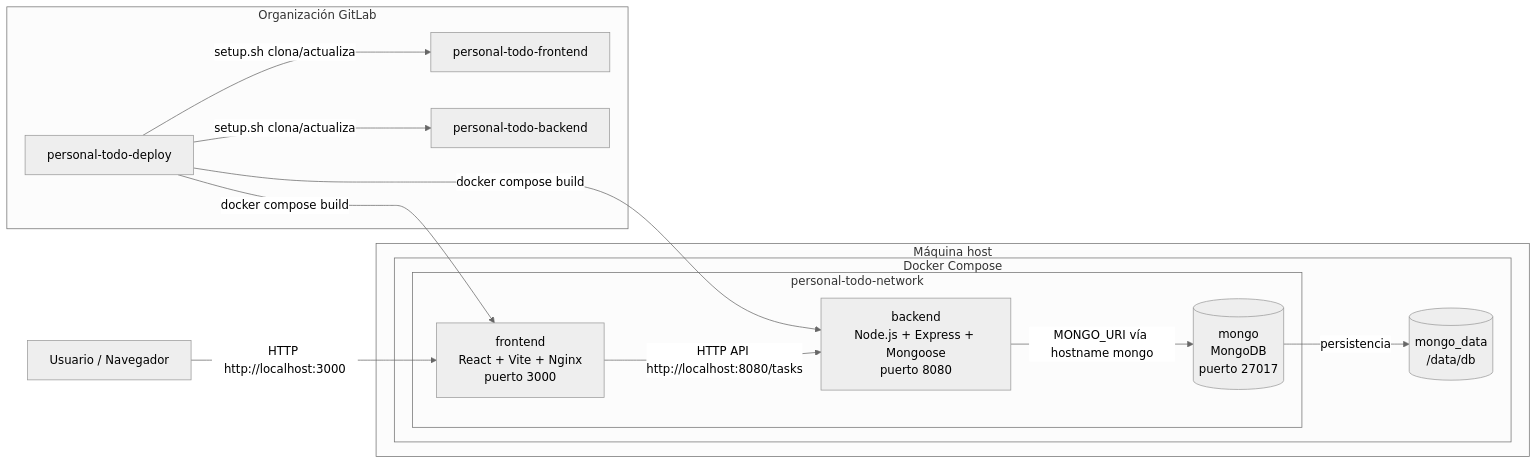
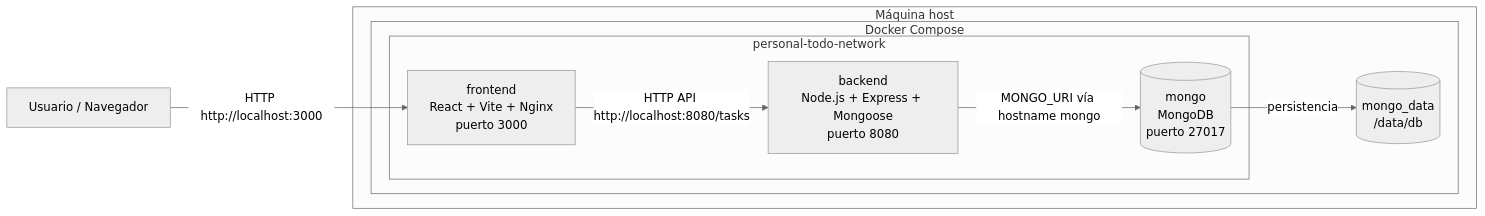
The diagram in profile/README.md (Personal-Challenge/.github), drawn with Mermaid (neutral theme) before and after one commit.

Commit message:
Update README.md by removing GitLab organization details
Removed GitLab organization subgraph and related connections.

````diff
--- a/profile/README.md
+++ b/profile/README.md
@@ -16,32 +16,21 @@
 ```mermaid
 flowchart LR
     user[Usuario / Navegador]
-
-    subgraph org[Organización GitLab]
-        deployRepo[personal-todo-deploy]
-        frontendRepo[personal-todo-frontend]
-        backendRepo[personal-todo-backend]
-    end
 
     subgraph host[Máquina host]
         subgraph compose[Docker Compose]
             subgraph network[personal-todo-network]
                 frontend[frontend\nReact + Vite + Nginx\npuerto 3000]
                 backend[backend\nNode.js + Express + Mongoose\npuerto 8080]
                 mongo[(mongo\nMongoDB\npuerto 27017)]
             end
 
             volume[(mongo_data\n/data/db)]
         end
     end
 
-    deployRepo -->|setup.sh clona/actualiza| frontendRepo
-    deployRepo -->|setup.sh clona/actualiza| backendRepo
-    deployRepo -->|docker compose build| frontend
-    deployRepo -->|docker compose build| backend
-
     user -->|HTTP http://localhost:3000| frontend
     frontend -->|HTTP API http://localhost:8080/tasks| backend
     backend -->|MONGO_URI vía hostname mongo| mongo
     mongo -->|persistencia| volume
 ```
````
